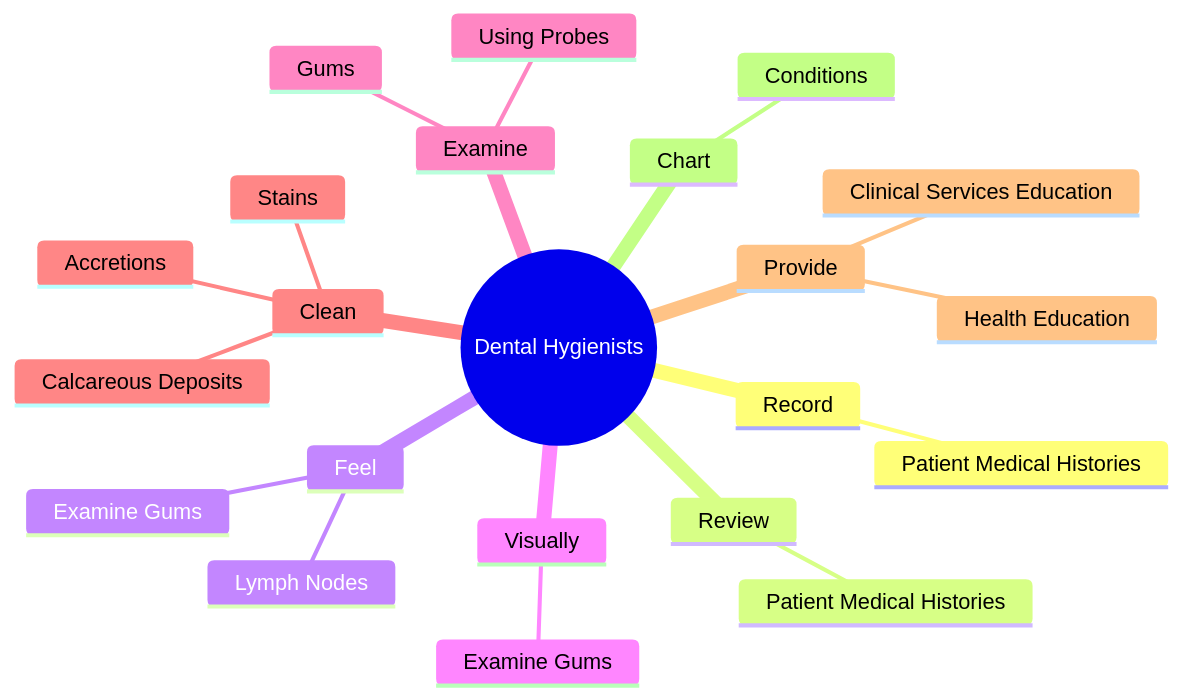
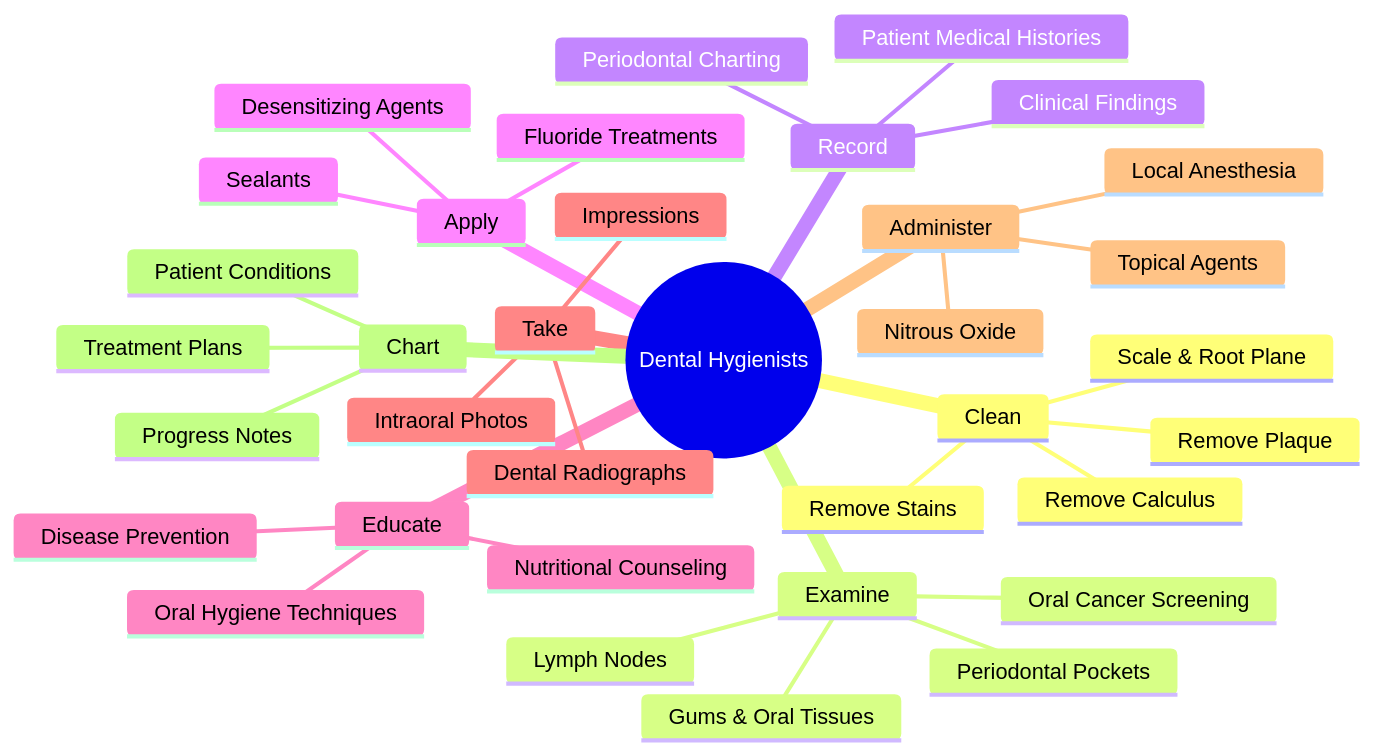
Before and after one commit to kziemski/business.org.ai: the second of 4 diagrams in occupations/HealthcarePractitioners/DentalHygienists.mdx, drawn with Mermaid. The commit also changed other lines of this file and 938 other files, not shown here.

````diff
--- a/occupations/HealthcarePractitioners/DentalHygienists.mdx
+++ b/occupations/HealthcarePractitioners/DentalHygienists.mdx
@@ -37,25 +45,38 @@
 ```mermaid
 mindmap
     root(("Dental Hygienists"))
+        Clean
+            Remove Calculus
+            Remove Plaque
+            Remove Stains
+            Scale & Root Plane
+        Examine
+            Gums & Oral Tissues
+            Lymph Nodes
+            Periodontal Pockets
+            Oral Cancer Screening
         Record
             Patient Medical Histories
-        Review
-            Patient Medical Histories
-        Feel
-            Examine Gums
-            Lymph Nodes
-        Visually
-            Examine Gums
-        Examine
-            Gums
-            Using Probes
-        Clean
-            Calcareous Deposits
-            Accretions
-            Stains
-        Provide
-            Clinical Services Education
-            Health Education
+            Clinical Findings
+            Periodontal Charting
+        Apply
+            Fluoride Treatments
+            Sealants
+            Desensitizing Agents
+        Educate
+            Oral Hygiene Techniques
+            Nutritional Counseling
+            Disease Prevention
+        Take
+            Dental Radiographs
+            Impressions
+            Intraoral Photos
+        Administer
+            Local Anesthesia
+            Nitrous Oxide
+            Topical Agents
         Chart
-            Conditions
+            Treatment Plans
+            Patient Conditions
+            Progress Notes
 ```
````
